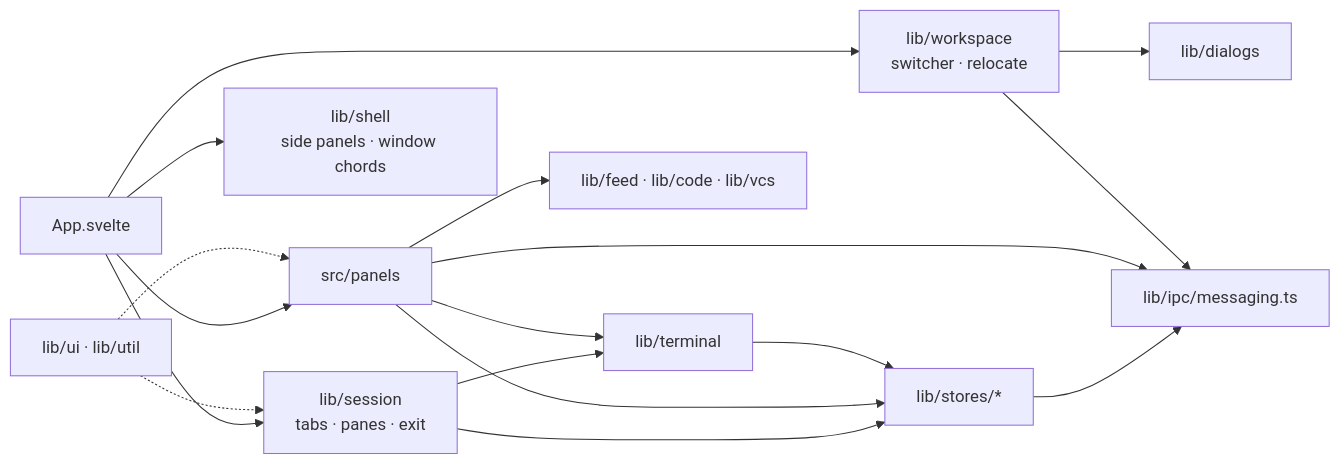
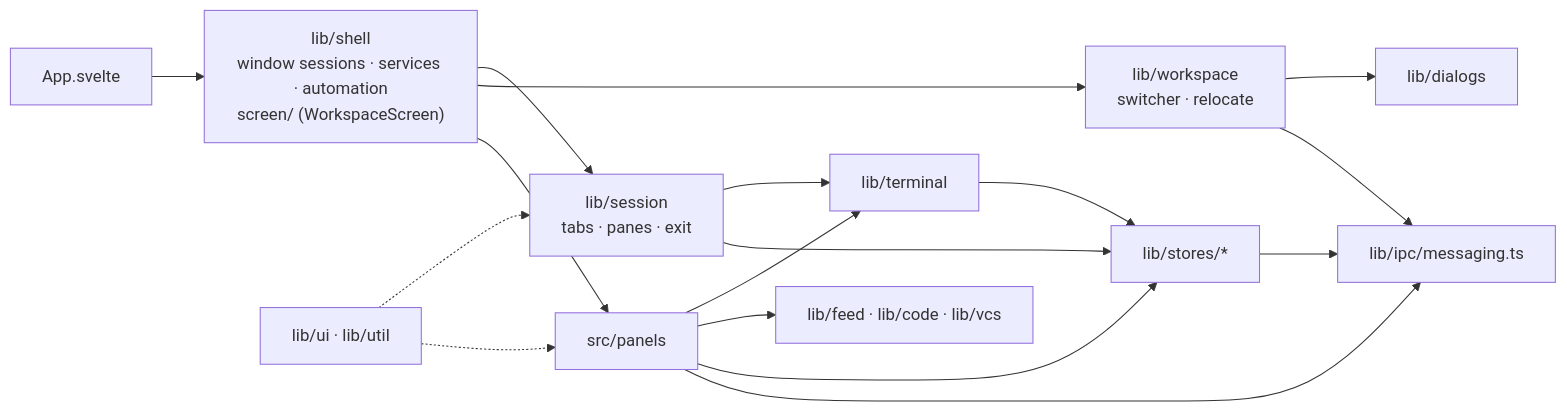
One commit to avi12/pade changed the eighth of 10 diagrams in ARCHITECTURE.md. Above: the diagram before and after it, drawn with Mermaid. The commit also changed other lines of this file, not shown here.

First line of the commit message:
docs(architecture): map the modules split out of the large components

````diff
--- a/ARCHITECTURE.md
+++ b/ARCHITECTURE.md
@@ -383,19 +384,19 @@
 ```mermaid
 flowchart LR
-  App["App.svelte"] --> Session["lib/session<br/>tabs · panes · exit"]
-  App --> Shell["lib/shell<br/>side panels · window chords"]
-  App --> Workspace["lib/workspace<br/>switcher · relocate"]
-  App --> Panels["src/panels"]
+  App["App.svelte"] --> Shell["lib/shell<br/>window sessions · services · automation<br/>screen/ (WorkspaceScreen)"]
+  Shell --> Session["lib/session<br/>tabs · panes · exit"]
+  Shell --> Workspace["lib/workspace<br/>switcher · relocate"]
+  Shell --> Panels["src/panels"]
   Session --> Terminal["lib/terminal"]
   Panels --> Terminal
   Panels --> Feed["lib/feed · lib/code · lib/vcs"]
   Workspace --> Dialogs["lib/dialogs"]
   Session --> Stores["lib/stores/*"]
   Panels --> Stores
   Terminal --> Stores
   Stores --> Bridge["lib/ipc/messaging.ts"]
   Panels --> Bridge
   Workspace --> Bridge
   UI["lib/ui · lib/util"] -.-> Session
   UI -.-> Panels
 ```
````
